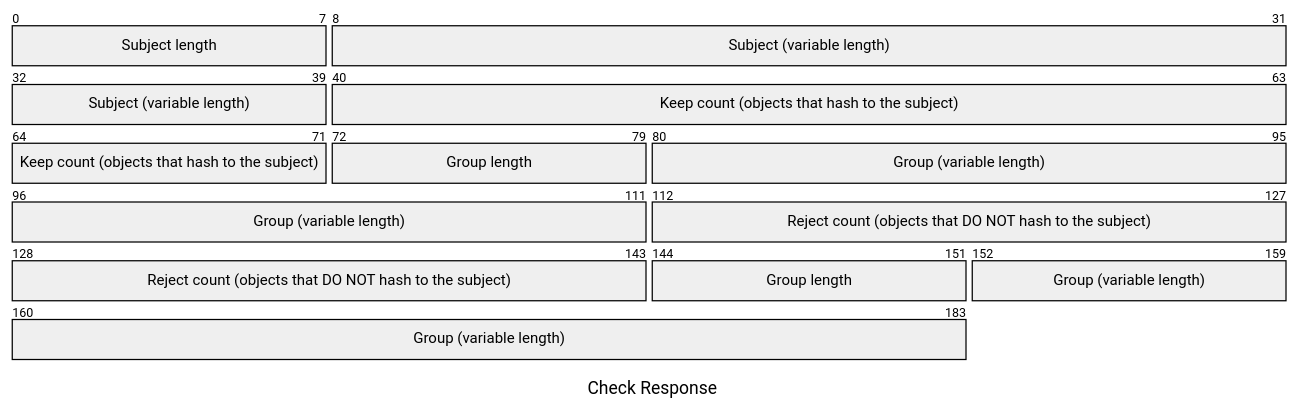
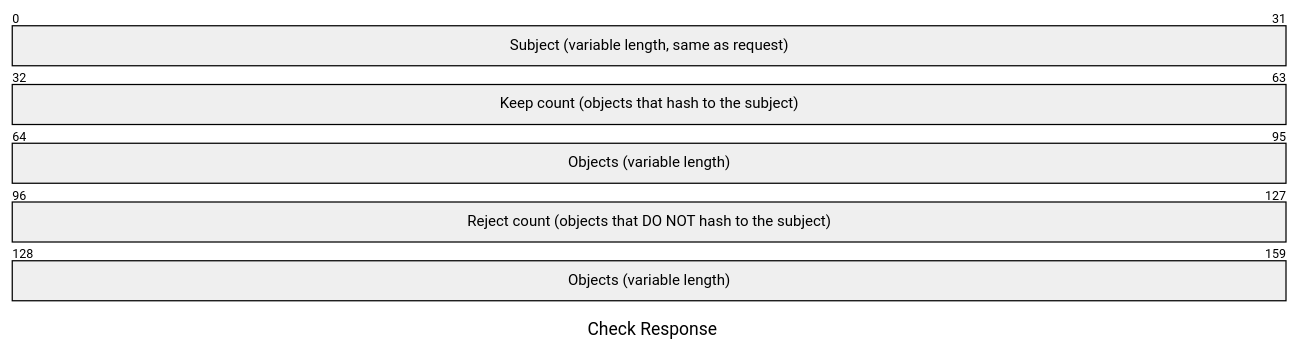
Before and after one commit to xmidt-org/hashy: the third of 3 diagrams in README.md, drawn with Mermaid. The commit also changed other lines of this file, not shown here.

Commit message:
chore: clarified terms and simplified the packet diagrams

````diff
--- a/README.md
+++ b/README.md
@@ -95,14 +96,11 @@
 ```mermaid
 ---
 title: "Check Response"
 ---
 packet
-+8: "Subject length"
-+32: "Subject (variable length)"
++32: "Subject (variable length, same as request)"
 +32: "Keep count (objects that hash to the subject)"
-+8: "Group length"
-+32: "Group (variable length)"
++32: "Objects (variable length)"
 +32: "Reject count (objects that DO NOT hash to the subject)"
-+8: "Group length"
-+32: "Group (variable length)"
++32: "Objects (variable length)"
 ```
````
